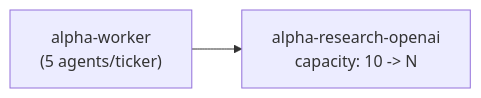
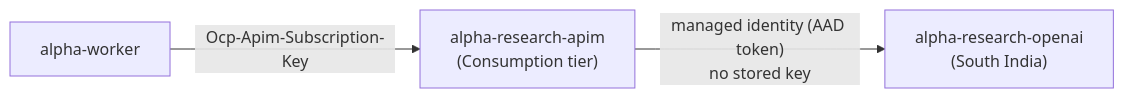
The third of 5 diagrams in book/chapter-05-multi-agent.md (jovinod/agenticAI), drawn with Mermaid before and after one commit. The commit also changed other lines of this file and 3 other files, not shown here.

````diff
--- a/book/chapter-05-multi-agent.md
+++ b/book/chapter-05-multi-agent.md
@@ -257,4 +255,5 @@
 ```mermaid
 flowchart LR
-    Worker["alpha-worker<br/>(5 agents/ticker)"] --> OpenAI["alpha-research-openai<br/>capacity: 10 -> N"]
+    Worker["alpha-worker"] -->|"Ocp-Apim-Subscription-Key"| APIM["alpha-research-apim<br/>(Consumption tier)"]
+    APIM -->|"managed identity (AAD token)<br/>no stored key"| OpenAI["alpha-research-openai<br/>(South India)"]
 ```
````
